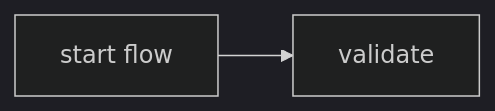
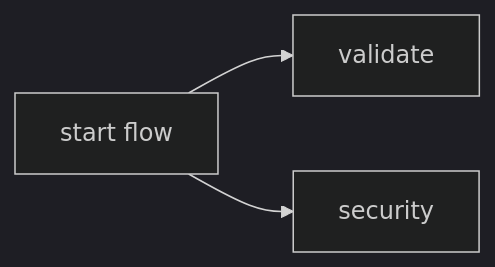
One commit to JupiterOne/.github changed the first of 2 diagrams in .github/workflows/docs/frontend/frontend_npm_pr.md. Above: the diagram before and after it, drawn with Mermaid (dark theme). The commit also changed other lines of this file and 21 other files, not shown here.

````diff
--- a/.github/workflows/docs/frontend/frontend_npm_pr.md
+++ b/.github/workflows/docs/frontend/frontend_npm_pr.md
@@ -42,7 +41,9 @@
 ```mermaid
 graph LR;
     A[start flow];
     B[validate];
+    C[security];
 
     A --> B;
+    A --> C;
 ```
````
